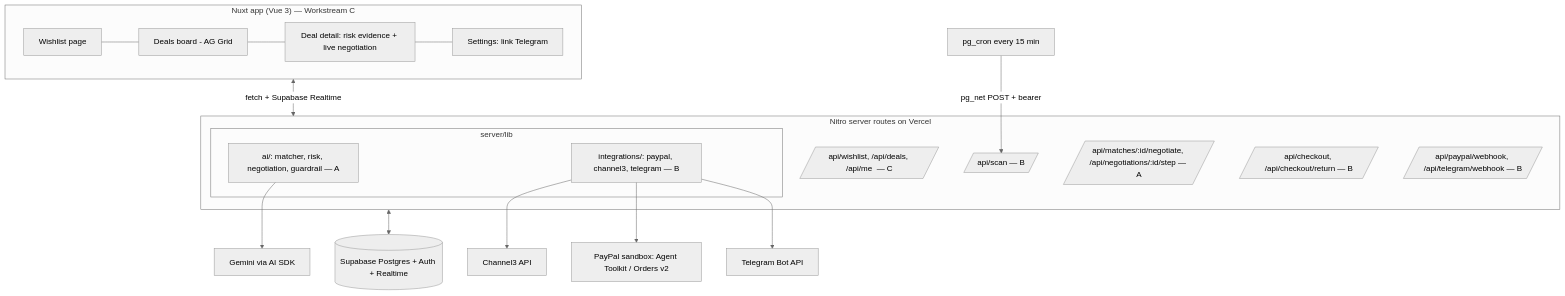
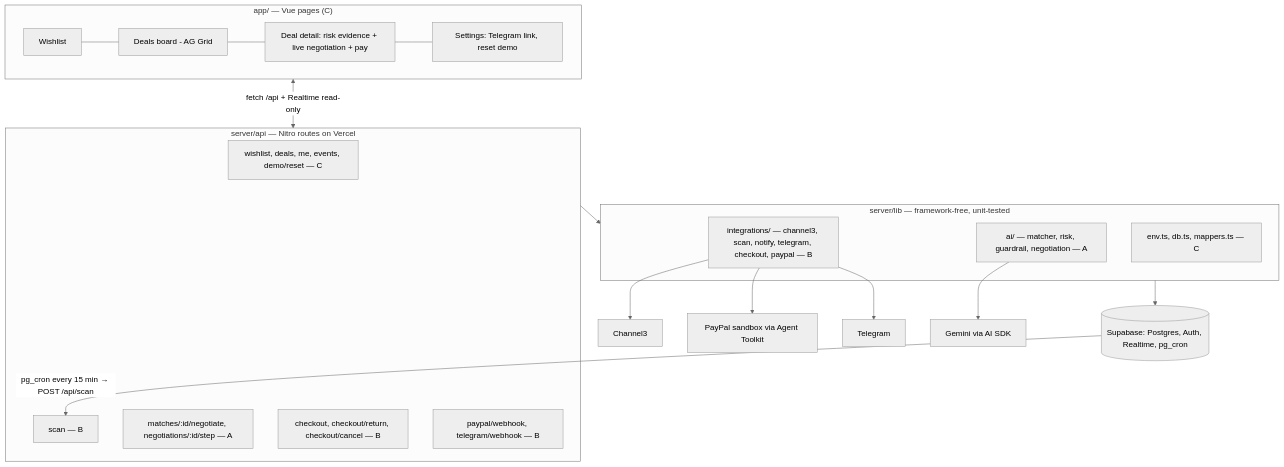
One commit to Cirdna/PayPALS changed the diagram in docs/ARCHITECTURE.md. Above: the diagram before and after it, drawn with Mermaid (neutral theme). The commit also changed other lines of this file and 87 other files, not shown here.

````diff
--- a/docs/ARCHITECTURE.md
+++ b/docs/ARCHITECTURE.md
@@ -5,27 +8,26 @@
 ```mermaid
 flowchart TB
-  subgraph Client["Nuxt app (Vue 3) — Workstream C"]
-    P1[Wishlist page] --- P2[Deals board - AG Grid]
-    P2 --- P3[Deal detail: risk evidence + live negotiation]
-    P3 --- P4[Settings: link Telegram]
+  subgraph Client["app/ — Vue pages (C)"]
+    P1[Wishlist] --- P2[Deals board - AG Grid]
+    P2 --- P3[Deal detail: risk evidence + live negotiation + pay]
+    P3 --- P4[Settings: Telegram link, reset demo]
   end
-  subgraph Server["Nitro server routes on Vercel"]
-    W[/api/wishlist, /api/deals, /api/me  — C/]
-    S[/api/scan — B/]
-    N[/api/matches/:id/negotiate, /api/negotiations/:id/step — A/]
-    CO[/api/checkout, /api/checkout/return — B/]
-    WH[/api/paypal/webhook, /api/telegram/webhook — B/]
-    subgraph Lib["server/lib"]
-      AI[ai/: matcher, risk, negotiation, guardrail — A]
-      INT[integrations/: paypal, channel3, telegram — B]
-    end
+  subgraph Server["server/api — Nitro routes on Vercel"]
+    W[wishlist, deals, me, events, demo/reset — C]
+    S[scan — B]
+    N[matches/:id/negotiate, negotiations/:id/step — A]
+    CO[checkout, checkout/return, checkout/cancel — B]
+    WH[paypal/webhook, telegram/webhook — B]
   end
-  DB[(Supabase Postgres + Auth + Realtime)]
-  CRON[pg_cron every 15 min] -->|pg_net POST + bearer| S
-  Client <-->|fetch + Supabase Realtime| Server
-  Server <--> DB
-  INT --> C3[Channel3 API]
-  INT --> PP[PayPal sandbox: Agent Toolkit / Orders v2]
-  INT --> TG[Telegram Bot API]
+  subgraph Lib["server/lib — framework-free, unit-tested"]
+    AI[ai/ — matcher, risk, guardrail, negotiation — A]
+    INT[integrations/ — channel3, scan, notify, telegram, checkout, paypal — B]
+    INFRA[env.ts, db.ts, mappers.ts — C]
+  end
+  DB[(Supabase: Postgres, Auth, Realtime, pg_cron)]
+  Client <-->|fetch /api + Realtime read-only| Server
+  Server --> Lib --> DB
+  DB -->|pg_cron every 15 min → POST /api/scan| S
+  INT --> C3[Channel3] & PP[PayPal sandbox via Agent Toolkit] & TG[Telegram]
   AI --> G[Gemini via AI SDK]
 ```
````
